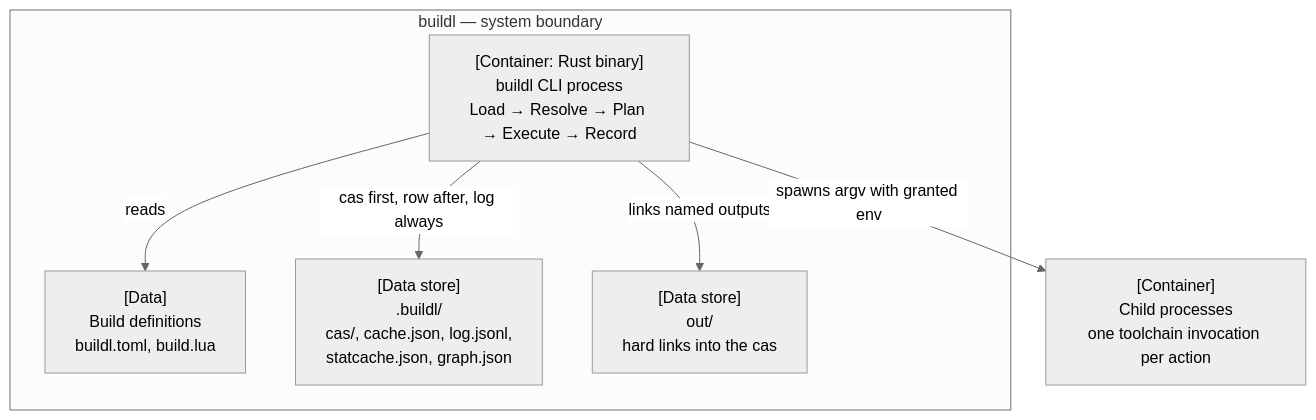
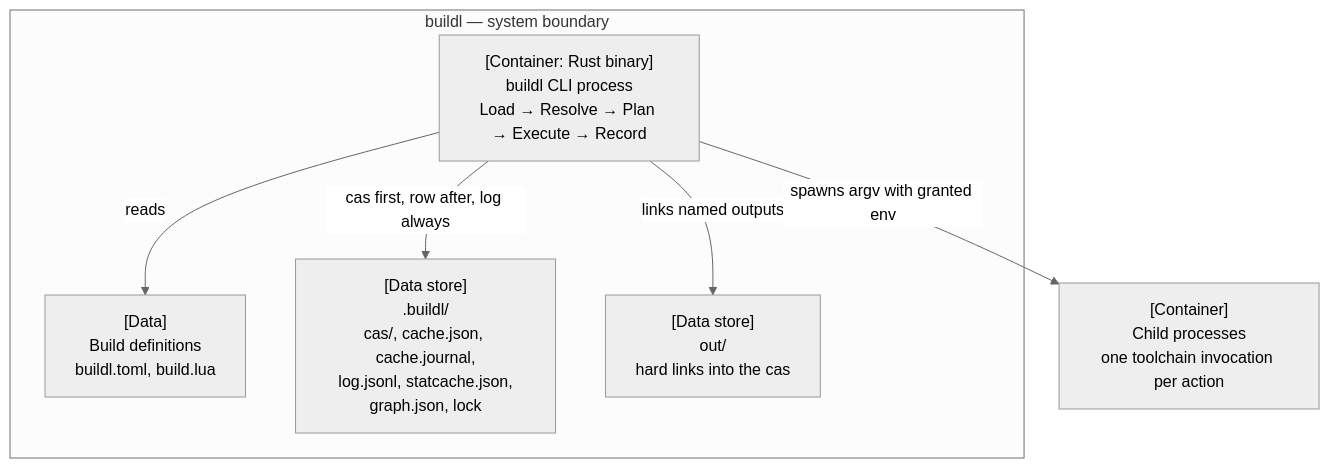
The third of 7 diagrams in docs/architecture-building-blocks.md (airsstack/buildl), drawn with Mermaid (neutral theme) before and after one commit. The commit also changed other lines of this file and 220 other files, not shown here.

````diff
--- a/docs/architecture-building-blocks.md
+++ b/docs/architecture-building-blocks.md
@@ -82,15 +82,15 @@
 ```mermaid
 %% C4 level 2 — containers
 graph TD
     subgraph SYS["buildl — system boundary"]
         CLIP["[Container: Rust binary]<br/>buildl CLI process<br/>Load → Resolve → Plan → Execute → Record"]
         DEFS["[Data]<br/>Build definitions<br/>buildl.toml, build.lua"]
-        STATE["[Data store]<br/>.buildl/<br/>cas/, cache.json, log.jsonl,<br/>statcache.json, graph.json"]
+        STATE["[Data store]<br/>.buildl/<br/>cas/, cache.json, cache.journal,<br/>log.jsonl, statcache.json,<br/>graph.json, lock"]
         OUT["[Data store]<br/>out/<br/>hard links into the cas"]
     end
     CHILD["[Container]<br/>Child processes<br/>one toolchain invocation per action"]
     CLIP -->|"reads"| DEFS
     CLIP -->|"cas first, row after, log always"| STATE
     CLIP -->|"links named outputs"| OUT
     CLIP -->|"spawns argv with granted env"| CHILD
 ```
````
